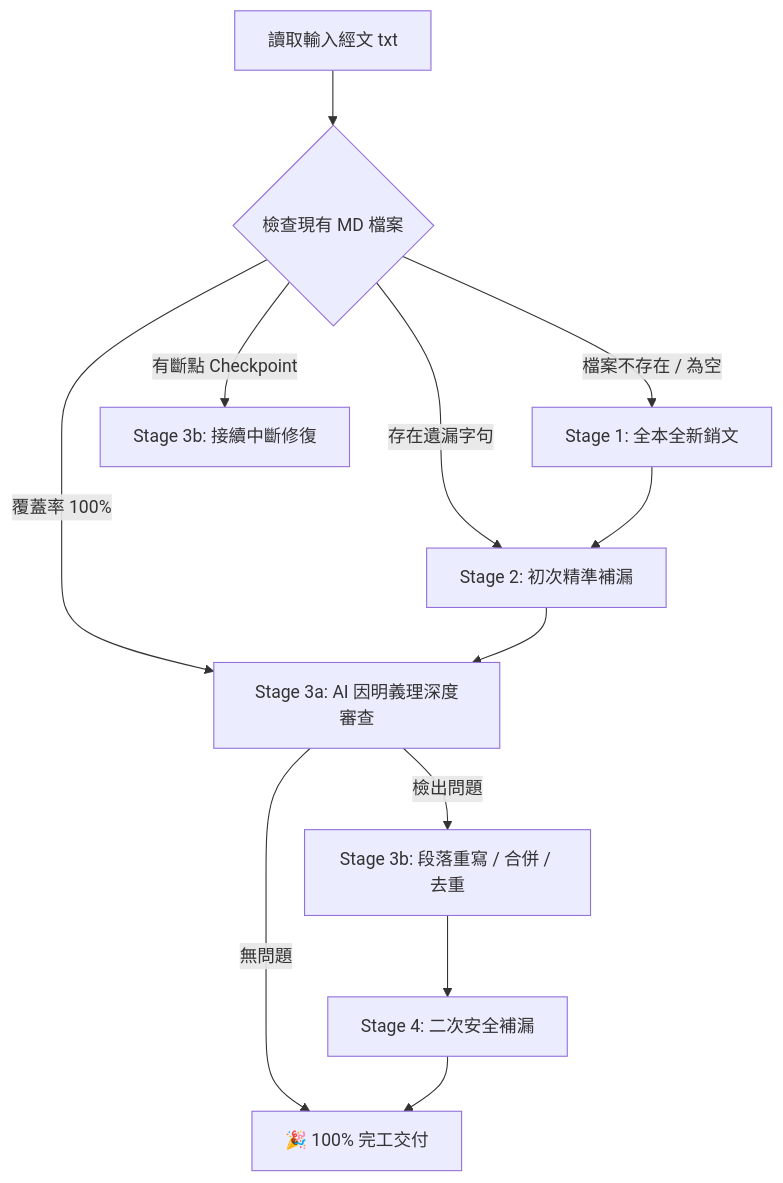
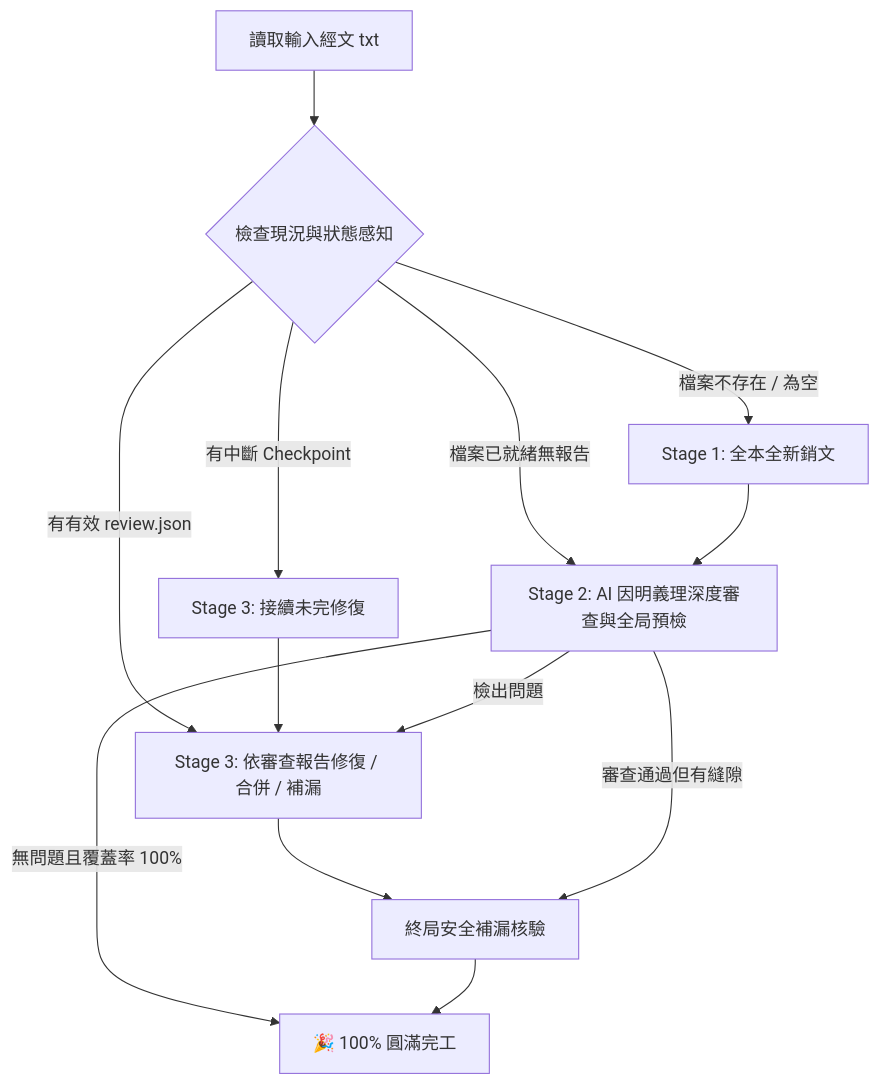
Before and after one commit to UncleHandsome/sutra-ai: the diagram in README.md, drawn with Mermaid. The commit also changed other lines of this file and 1 other file, not shown here.

````diff
--- a/README.md
+++ b/README.md
@@ -78,14 +86,15 @@
 ```mermaid
 graph TD
-    A[讀取輸入經文 txt] --> B{檢查現有 MD 檔案}
+    A[讀取輸入經文 txt] --> B{檢查現況與狀態感知}
     B -->|檔案不存在 / 為空| C[Stage 1: 全本全新銷文]
-    B -->|有斷點 Checkpoint| D[Stage 3b: 接續中斷修復]
-    B -->|存在遺漏字句| E[Stage 2: 初次精準補漏]
-    B -->|覆蓋率 100%| F[Stage 3a: AI 因明義理深度審查]
-    C --> E
-    E --> F
-    F -->|檢出問題| G[Stage 3b: 段落重寫 / 合併 / 去重]
-    G --> H[Stage 4: 二次安全補漏]
-    F -->|無問題| I[🎉 100% 完工交付]
+    B -->|有中斷 Checkpoint| D[Stage 3: 接續未完修復]
+    B -->|有有效 review.json| G[Stage 3: 依審查報告修復 / 合併 / 補漏]
+    B -->|檔案已就緒無報告| F[Stage 2: AI 因明義理深度審查與全局預檢]
+    C --> F
+    D --> G
+    F -->|檢出問題| G
+    G --> H[終局安全補漏核驗]
+    F -->|審查通過但有縫隙| H
+    F -->|無問題且覆蓋率 100%| I[🎉 100% 圓滿完工]
     H --> I
 ```
````
